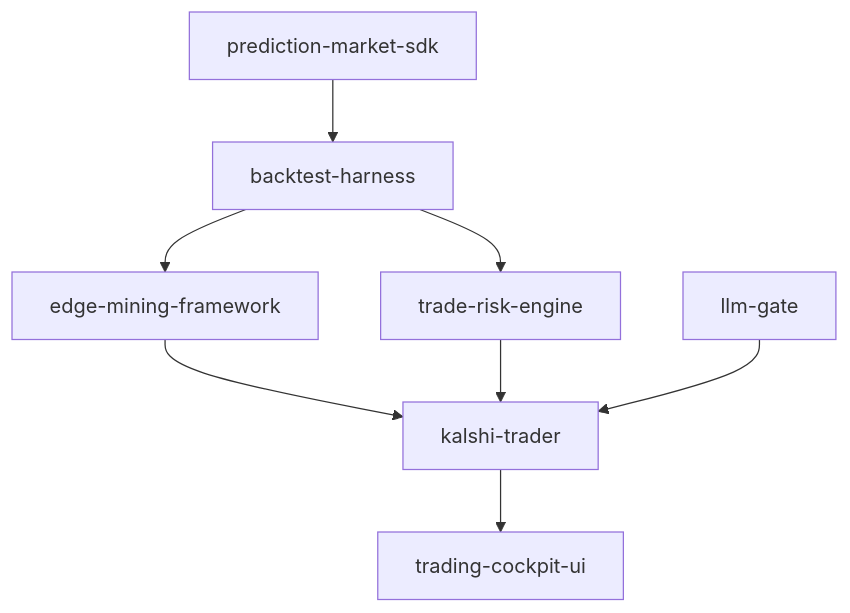
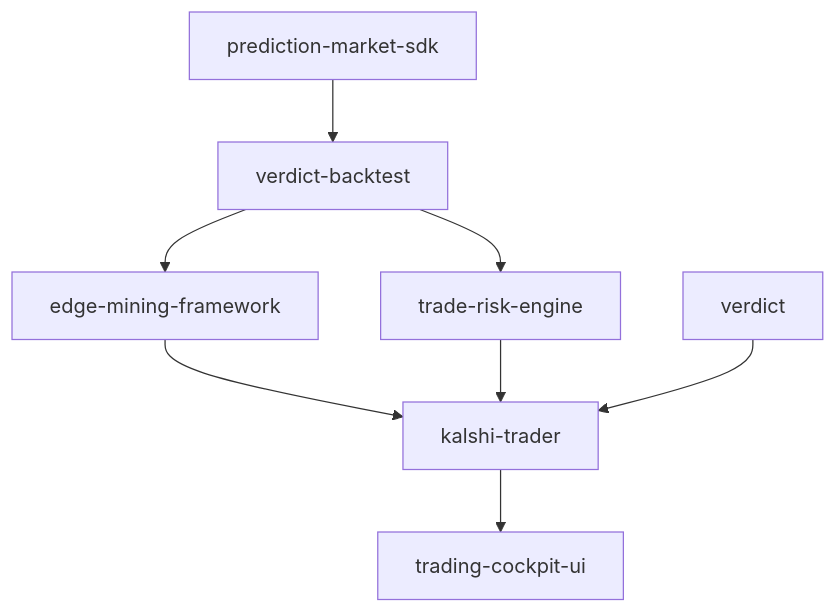
One commit to mrnicholasbcarter-code/verdict-backtest changed the second of 2 diagrams in docs/ARCHITECTURE.md. Above: the diagram before and after it, drawn with Mermaid. The commit also changed other lines of this file and 16 other files, not shown here.

First line of the commit message:
fix(ci): make verdict-backtest checks deterministic (#10)

````diff
--- a/docs/ARCHITECTURE.md
+++ b/docs/ARCHITECTURE.md
@@ -34,10 +36,10 @@
 ```mermaid
 flowchart TD
-    PM[prediction-market-sdk] --> BH[backtest-harness]
+    PM[prediction-market-sdk] --> BH[verdict-backtest]
     BH --> EM[edge-mining-framework]
     BH --> RE[trade-risk-engine]
     EM --> KT[kalshi-trader]
     RE --> KT
     KT --> UI[trading-cockpit-ui]
-    LLM[llm-gate] --> KT
+    LLM[verdict] --> KT
 ```
````
